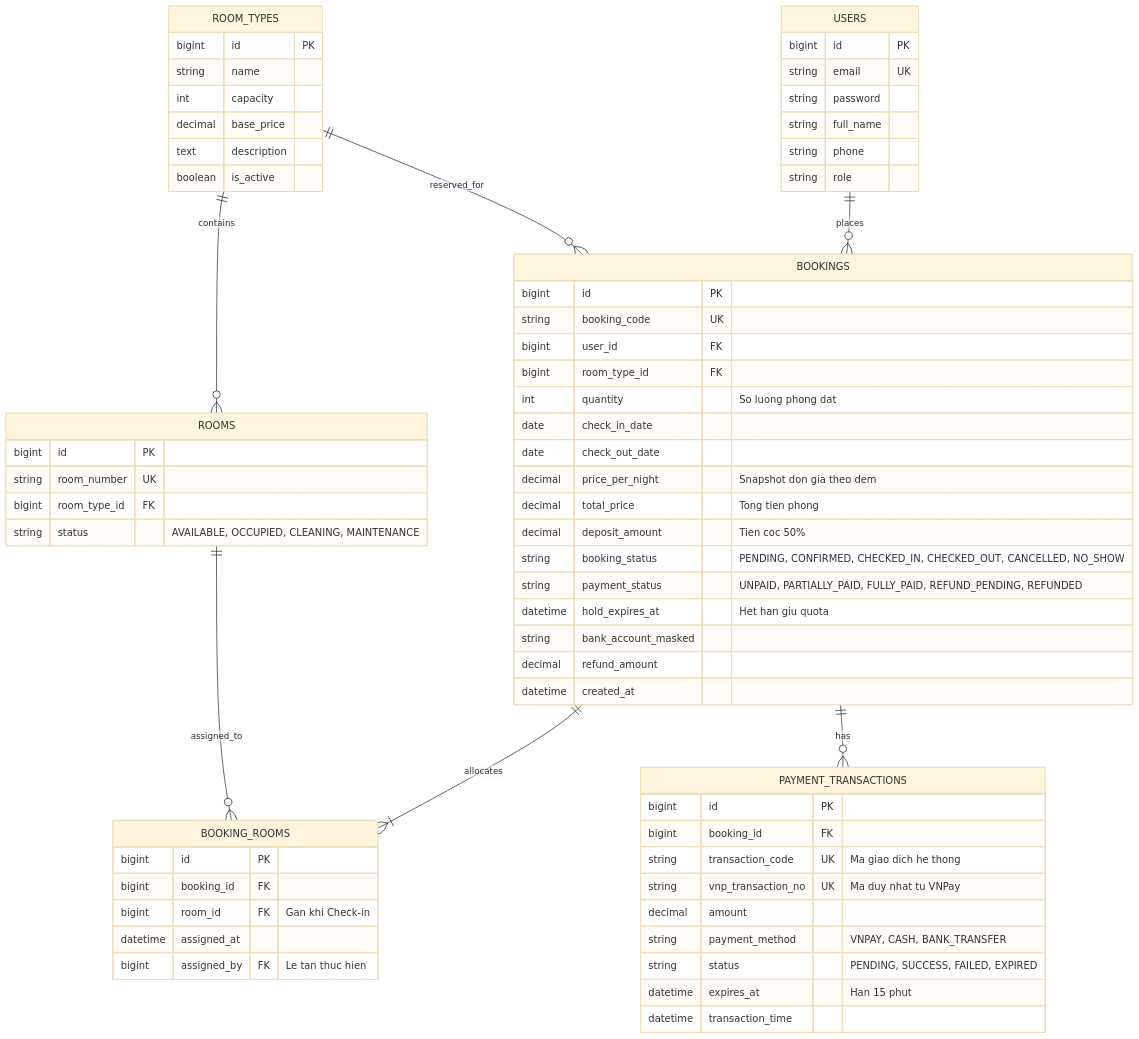
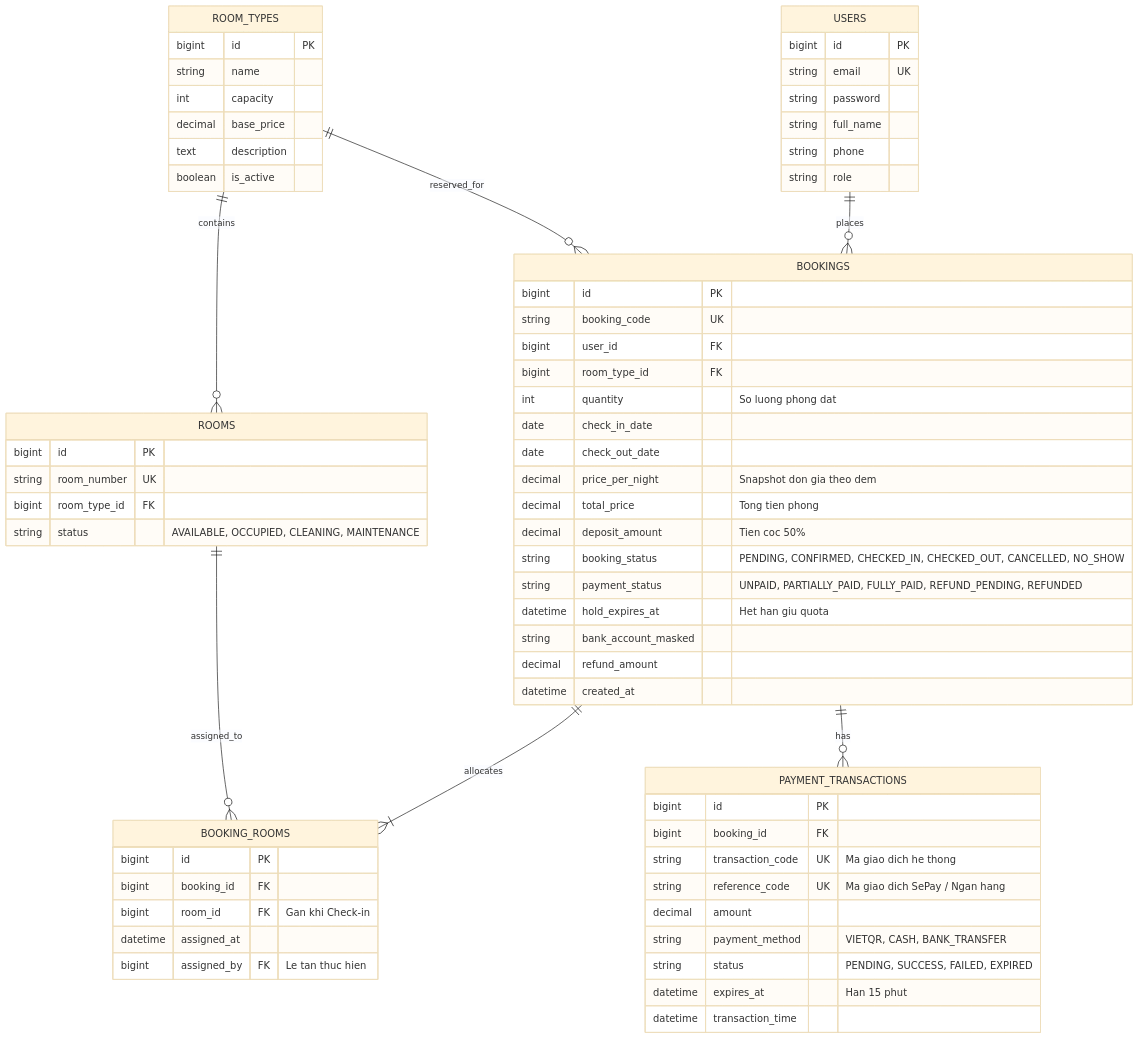
Diagram 11 of 11 in docs/SRS.md (Huidinne/Hotel-Booking-System_HBS), drawn with Mermaid (base theme) before and after one commit. The commit also changed other lines of this file and 4 other files, not shown here.

````diff
--- a/docs/SRS.md
+++ b/docs/SRS.md
@@ -673,73 +674,73 @@
 ```mermaid
 erDiagram
     USERS ||--o{ BOOKINGS : "places"
     ROOM_TYPES ||--o{ ROOMS : "contains"
     ROOM_TYPES ||--o{ BOOKINGS : "reserved_for"
     BOOKINGS ||--|{ BOOKING_ROOMS : "allocates"
     ROOMS ||--o{ BOOKING_ROOMS : "assigned_to"
     BOOKINGS ||--o{ PAYMENT_TRANSACTIONS : "has"
 
     USERS {
         bigint id PK
         string email UK
         string password
         string full_name
         string phone
         string role
     }
 
     ROOM_TYPES {
         bigint id PK
         string name
         int capacity
         decimal base_price
         text description
         boolean is_active
     }
 
     ROOMS {
         bigint id PK
         string room_number UK
         bigint room_type_id FK
         string status "AVAILABLE, OCCUPIED, CLEANING, MAINTENANCE"
     }
 
     BOOKINGS {
         bigint id PK
         string booking_code UK
         bigint user_id FK
         bigint room_type_id FK
         int quantity "So luong phong dat"
         date check_in_date
         date check_out_date
         decimal price_per_night "Snapshot don gia theo dem"
         decimal total_price "Tong tien phong"
         decimal deposit_amount "Tien coc 50%"
         string booking_status "PENDING, CONFIRMED, CHECKED_IN, CHECKED_OUT, CANCELLED, NO_SHOW"
         string payment_status "UNPAID, PARTIALLY_PAID, FULLY_PAID, REFUND_PENDING, REFUNDED"
         datetime hold_expires_at "Het han giu quota"
         string bank_account_masked
         decimal refund_amount
         datetime created_at
     }
 
     BOOKING_ROOMS {
         bigint id PK
         bigint booking_id FK
         bigint room_id FK "Gan khi Check-in"
         datetime assigned_at
         bigint assigned_by FK "Le tan thuc hien"
     }
 
     PAYMENT_TRANSACTIONS {
         bigint id PK
         bigint booking_id FK
         string transaction_code UK "Ma giao dich he thong"
-        string vnp_transaction_no UK "Ma duy nhat tu VNPay"
+        string reference_code UK "Ma giao dich SePay / Ngan hang"
         decimal amount
-        string payment_method "VNPAY, CASH, BANK_TRANSFER"
+        string payment_method "VIETQR, CASH, BANK_TRANSFER"
         string status "PENDING, SUCCESS, FAILED, EXPIRED"
         datetime expires_at "Han 15 phut"
         datetime transaction_time
     }
 ```
````
